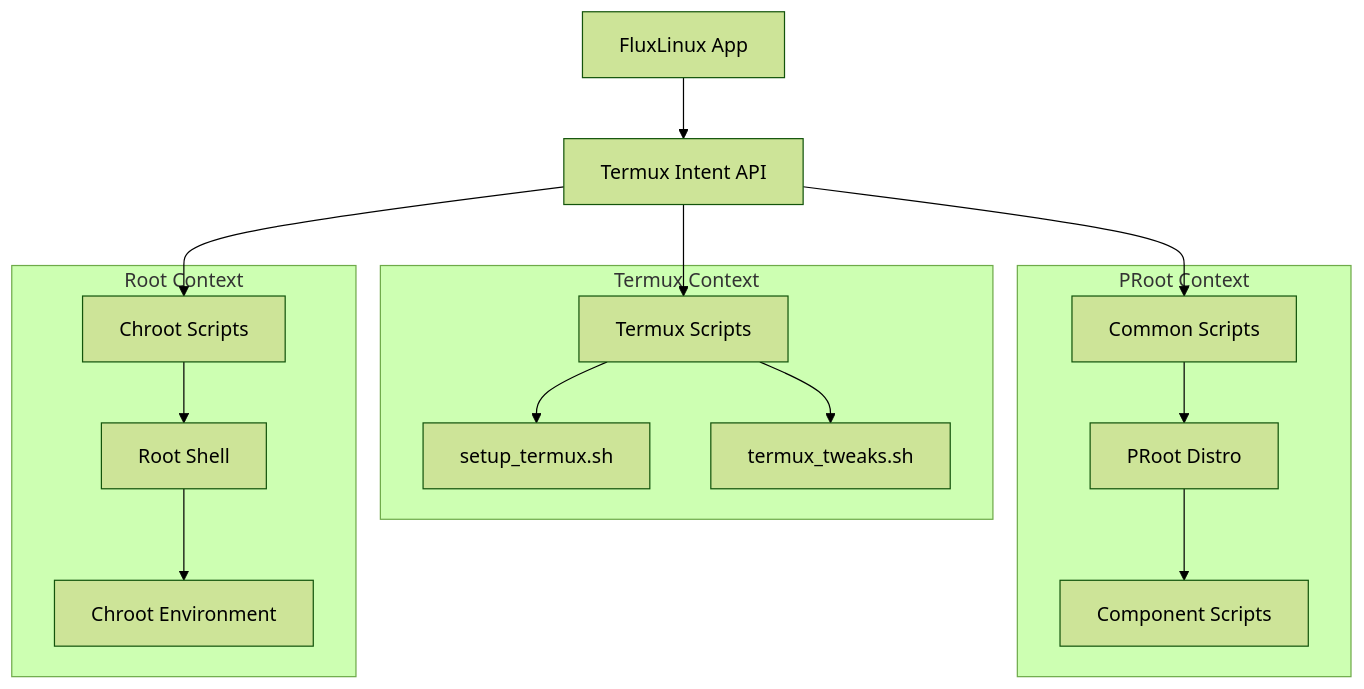
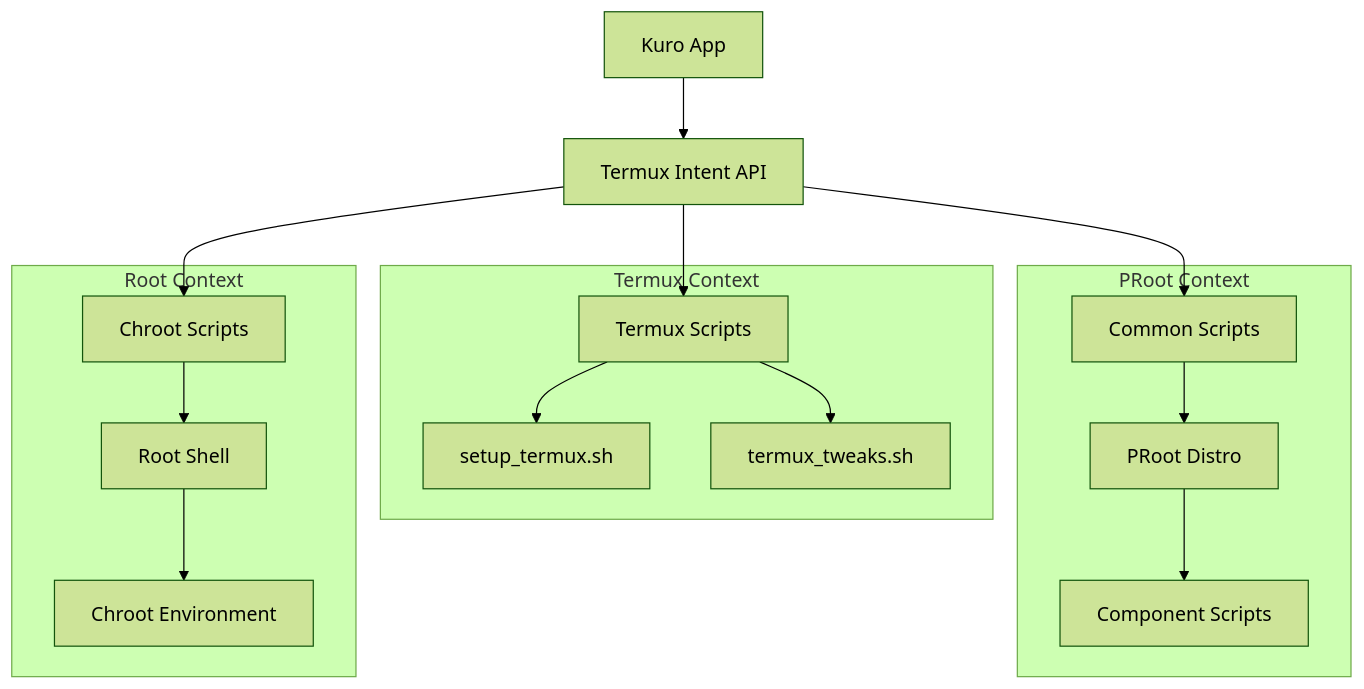
The first of 2 diagrams in docs/scripts_reference.md (HakaI963/kuro), drawn with Mermaid (forest theme) before and after one commit. The commit also changed other lines of this file and 573 other files, not shown here.

````diff
--- a/docs/scripts_reference.md
+++ b/docs/scripts_reference.md
@@ -24,34 +24,34 @@
 ```mermaid
 graph TD
-    A[FluxLinux App] --> B[Termux Intent API]
+    A[Kuro App] --> B[Termux Intent API]
     B --> C[Termux Scripts]
     B --> D[Common Scripts]
     B --> E[Chroot Scripts]
     
     C --> F[setup_termux.sh]
     C --> G[termux_tweaks.sh]
     
     D --> H[PRoot Distro]
     H --> I[Component Scripts]
     
     E --> J[Root Shell]
     J --> K[Chroot Environment]
     
     subgraph Termux Context
         C
         F
         G
     end
     
     subgraph PRoot Context
         D
         H
         I
     end
     
     subgraph Root Context
         E
         J
         K
     end
 ```
````
